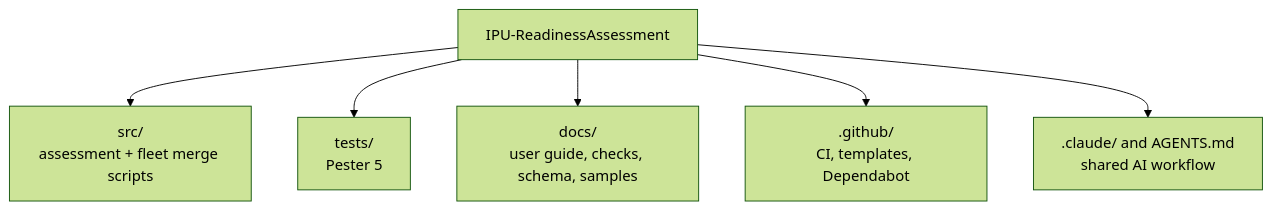
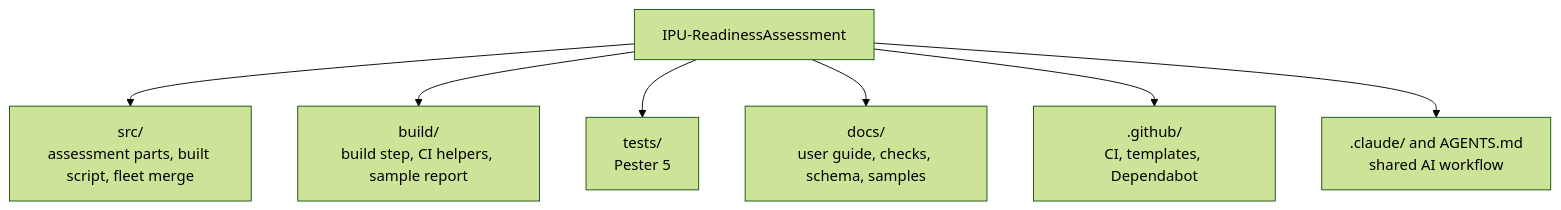
Before and after one commit to JeanKadang/IPU-ReadinessAssessment: the third of 3 diagrams in README.md, drawn with Mermaid (forest theme). The commit also changed other lines of this file, not shown here.

````diff
--- a/README.md
+++ b/README.md
@@ -134,8 +152,9 @@
 ```mermaid
 flowchart TD
-    R[IPU-ReadinessAssessment] --> S[src/<br/>assessment + fleet merge scripts]
+    R[IPU-ReadinessAssessment] --> S[src/<br/>assessment parts, built script, fleet merge]
+    R --> B[build/<br/>build step, CI helpers, sample report]
     R --> T[tests/<br/>Pester 5]
     R --> D[docs/<br/>user guide, checks, schema, samples]
     R --> G[.github/<br/>CI, templates, Dependabot]
     R --> C[.claude/ and AGENTS.md<br/>shared AI workflow]
 ```
````
